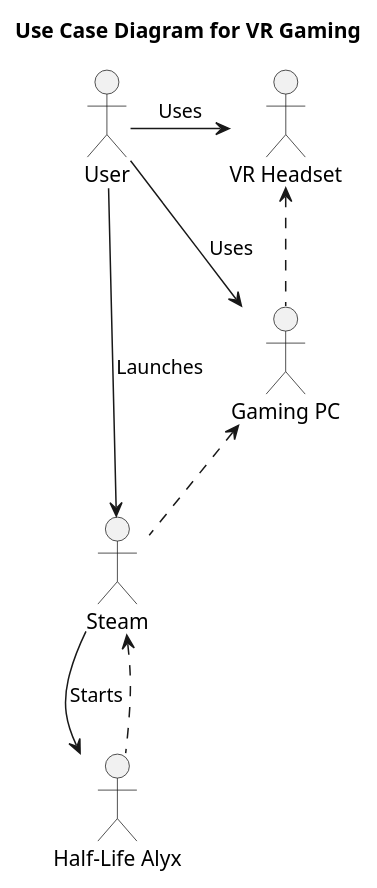
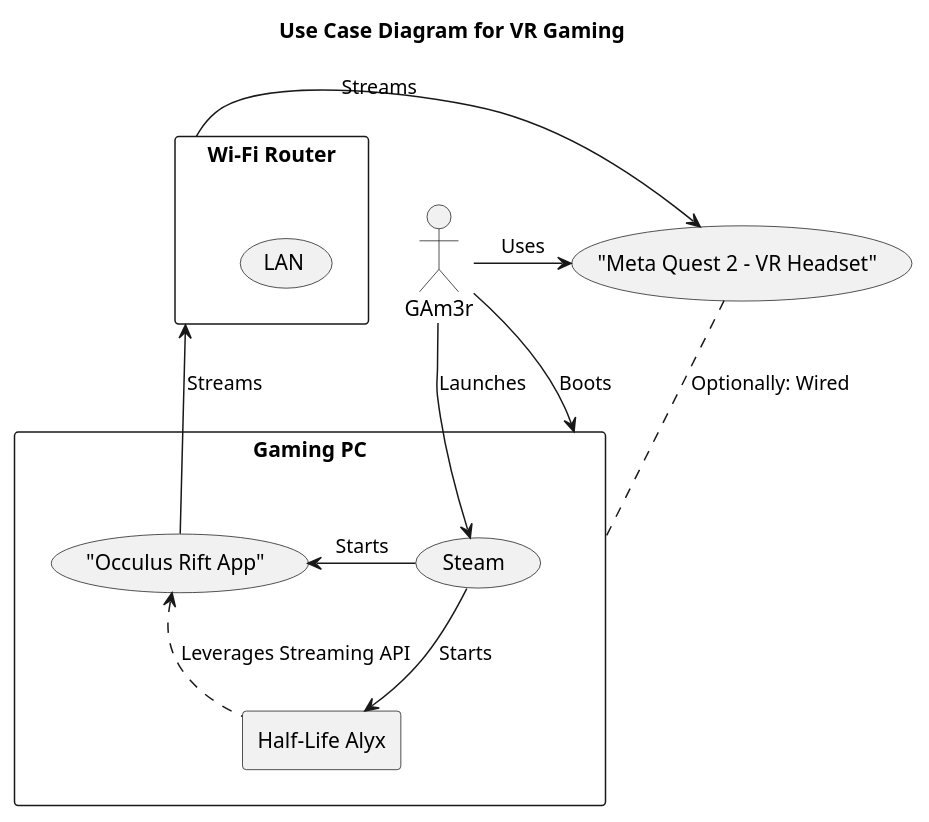
The diagram in 06_ADOC_with-plantUML/images/VRAlyx.puml (ActuallyFro/MessingWithChatGPT), drawn with PlantUML before and after one commit. The commit also changed 1 other file, not shown here.

Commit message:
{06_ADOC_with-plantUML} Fixed and finished out Use Case

```diff
--- a/06_ADOC_with-plantUML/images/VRAlyx.puml
+++ b/06_ADOC_with-plantUML/images/VRAlyx.puml
@@ -1,17 +1,31 @@
 @startuml
 title Use Case Diagram for VR Gaming
 
-"Half-Life Alyx" as HLA
-"VR Headset" as VRH
-"Gaming PC" as GPC
 
-User -> VRH : Uses
-User -> GPC : Uses
-User -> Steam : Launches
-Steam -> HLA : Starts
+:GAm3r:
+("Meta Quest 2 - VR Headset") as VRH
 
-(VRH) <.. (GPC)
-(GPC) <.. (Steam)
-(Steam) <.. (HLA)
+
+rectangle "Gaming PC" as PC {
+  rectangle "Half-Life Alyx" as HLA
+  (Steam)
+  ("Occulus Rift App") as ORA
+
+  (Steam) -> HLA : Starts
+  (Steam) -> ORA : Starts
+}
+
+rectangle "Wi-Fi Router" as WR {
+  (LAN)
+}
+
+GAm3r -> VRH : Uses
+GAm3r -down-> PC : Boots
+GAm3r -> Steam : Launches
+
+VRH .. PC : "Optionally: Wired"
+ORA <.. HLA : "Leverages Streaming API"
+ORA -> WR : "Streams"
+WR -> VRH : "Streams"
 
 @enduml
```
